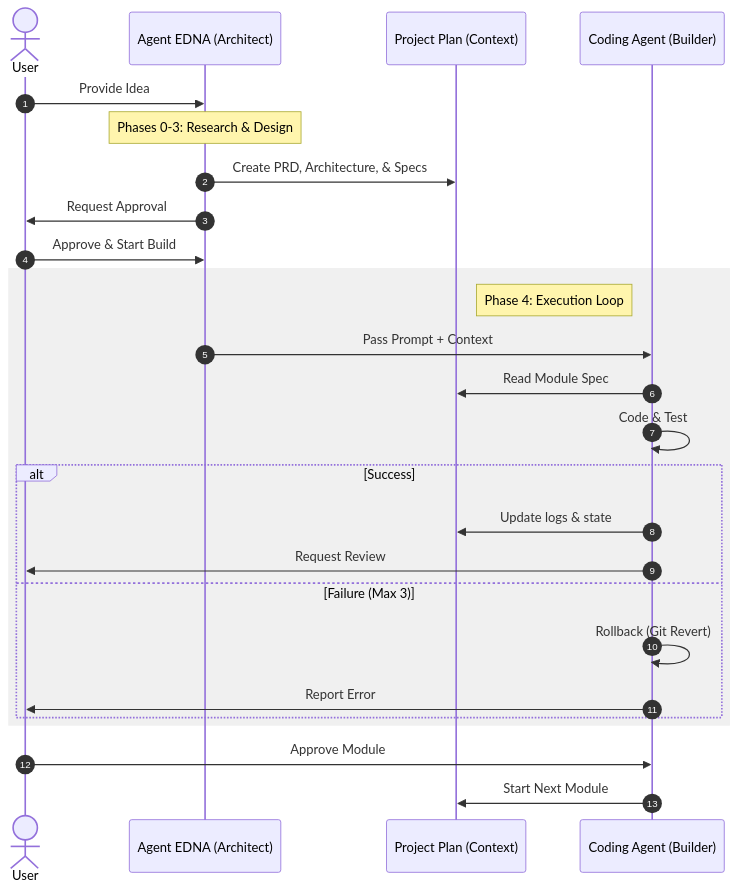
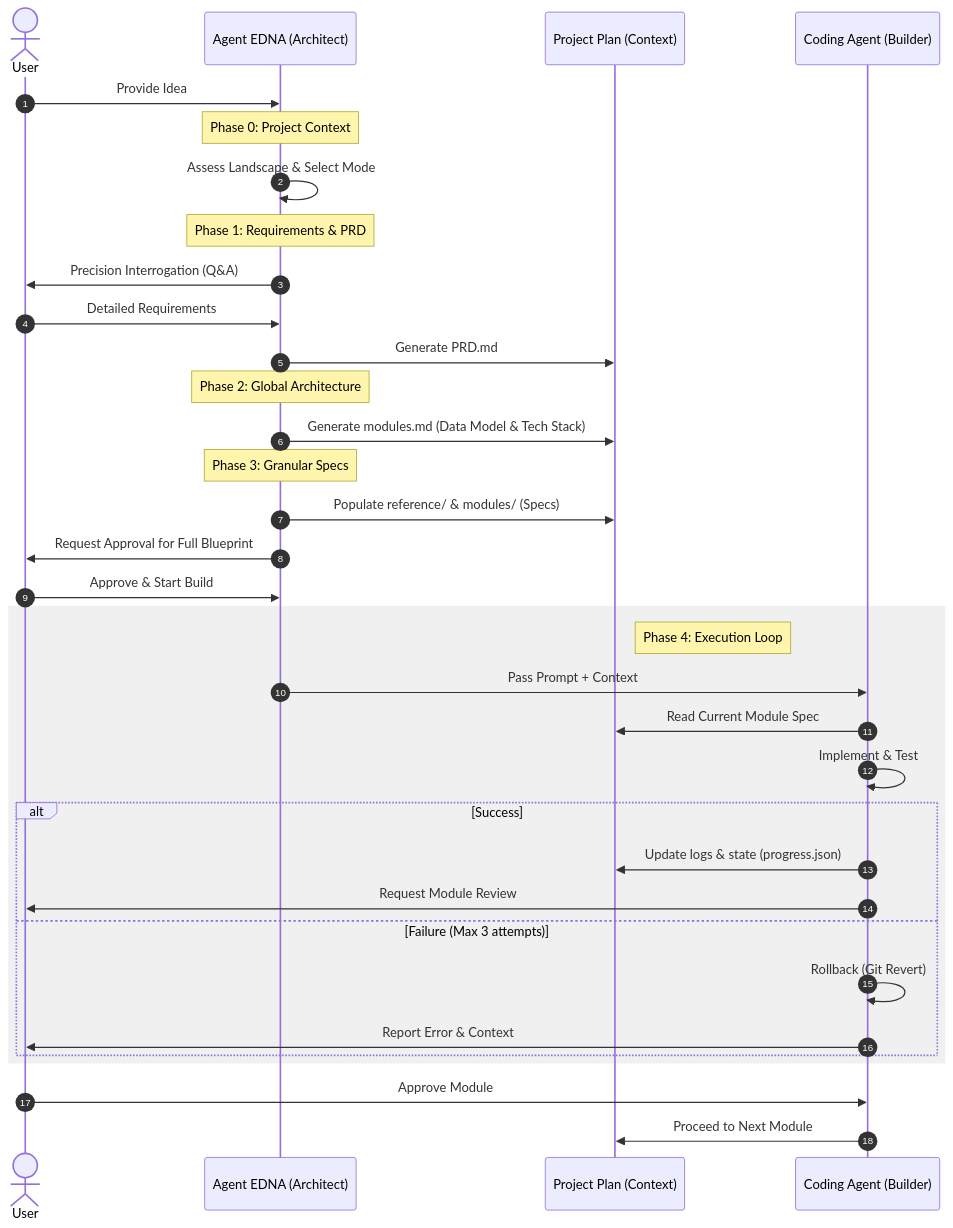
Before and after one commit to arinadi/EDNA: the diagram in how_it_works.md, drawn with Mermaid.

Commit message:
docs: expand sequence diagram to show detailed Phases 0-3

````diff
--- a/how_it_works.md
+++ b/how_it_works.md
@@ -36,31 +36,44 @@
 ```mermaid
 sequenceDiagram
     autonumber
     actor User
     participant EDNA as Agent EDNA (Architect)
     participant Plan as Project Plan (Context)
     participant Coder as Coding Agent (Builder)
 
     User->>EDNA: Provide Idea
-    Note over EDNA: Phases 0-3: Research & Design
-    EDNA->>Plan: Create PRD, Architecture, & Specs
-    EDNA->>User: Request Approval
+    
+    Note over EDNA: Phase 0: Project Context
+    EDNA->>EDNA: Assess Landscape & Select Mode
+    
+    Note over EDNA: Phase 1: Requirements & PRD
+    EDNA->>User: Precision Interrogation (Q&A)
+    User->>EDNA: Detailed Requirements
+    EDNA->>Plan: Generate PRD.md
+    
+    Note over EDNA: Phase 2: Global Architecture
+    EDNA->>Plan: Generate modules.md (Data Model & Tech Stack)
+    
+    Note over EDNA: Phase 3: Granular Specs
+    EDNA->>Plan: Populate reference/ & modules/ (Specs)
+    
+    EDNA->>User: Request Approval for Full Blueprint
     User->>EDNA: Approve & Start Build
     
     rect rgb(240, 240, 240)
         Note right of Plan: Phase 4: Execution Loop
         EDNA->>Coder: Pass Prompt + Context
-        Coder->>Plan: Read Module Spec
-        Coder->>Coder: Code & Test
+        Coder->>Plan: Read Current Module Spec
+        Coder->>Coder: Implement & Test
         alt Success
-            Coder->>Plan: Update logs & state
-            Coder->>User: Request Review
-        else Failure (Max 3)
+            Coder->>Plan: Update logs & state (progress.json)
+            Coder->>User: Request Module Review
+        else Failure (Max 3 attempts)
             Coder->>Coder: Rollback (Git Revert)
-            Coder->>User: Report Error
+            Coder->>User: Report Error & Context
         end
     end
     
     User->>Coder: Approve Module
-    Coder->>Plan: Start Next Module
+    Coder->>Plan: Proceed to Next Module
 ```
````
